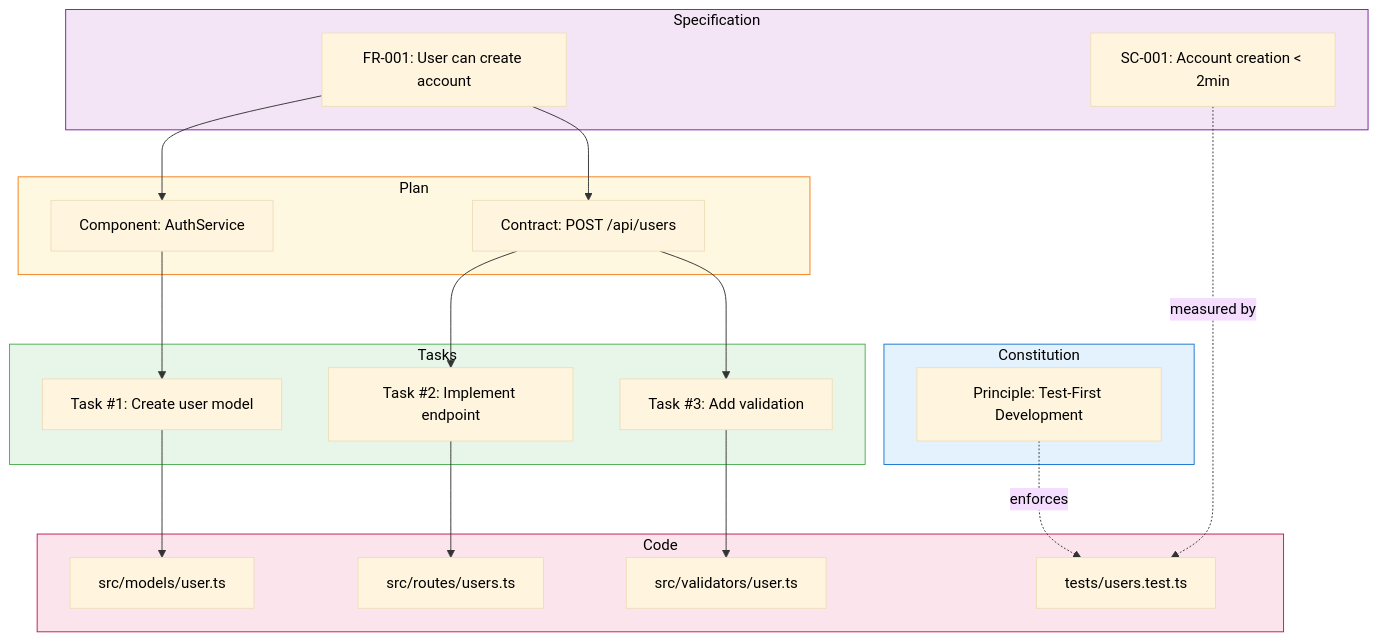
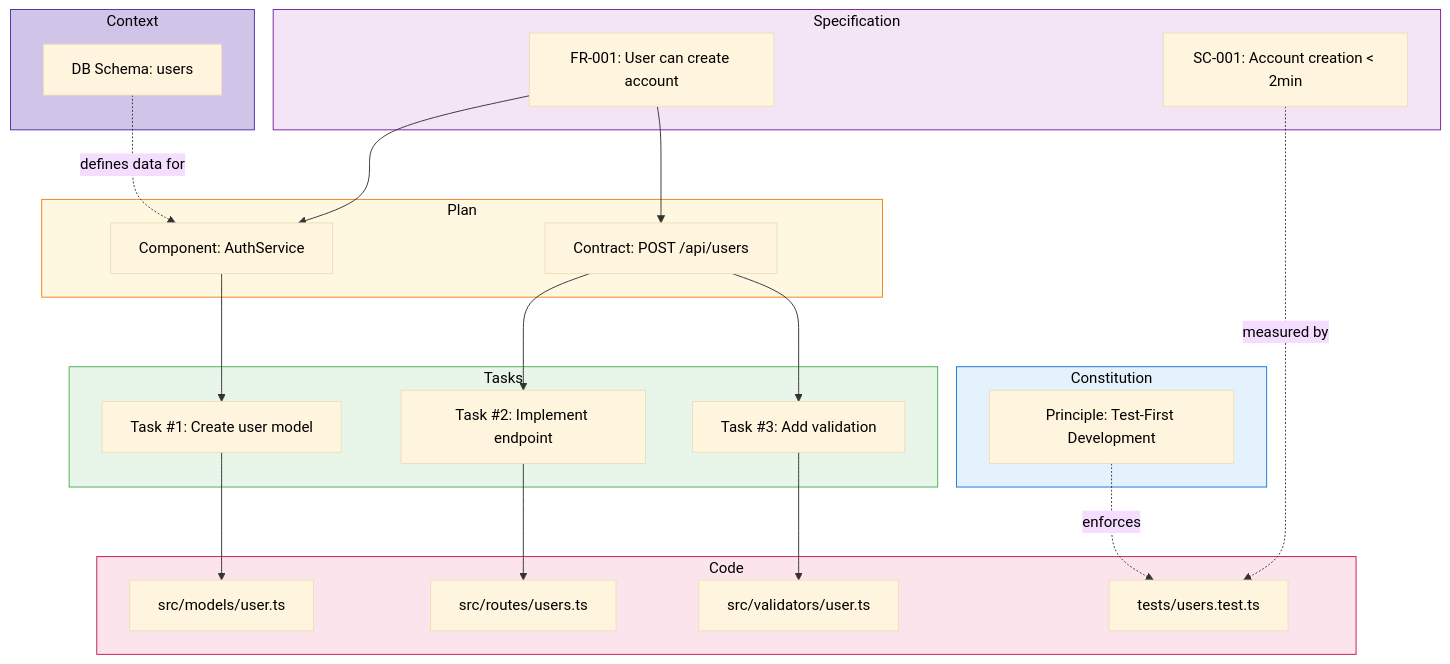
The fifth of 7 diagrams in .specify/docs/flows/artifact-relationships.md (Trindade11/Teste), drawn with Mermaid before and after one commit. The commit also changed other lines of this file and 25 other files, not shown here.

````diff
--- a/.specify/docs/flows/artifact-relationships.md
+++ b/.specify/docs/flows/artifact-relationships.md
@@ -152,49 +171,55 @@
 ```mermaid
 %%{init: {'theme': 'base', 'themeVariables': { 'primaryTextColor': '#000', 'secondaryTextColor': '#000', 'tertiaryTextColor': '#000', 'lineColor': '#333'}}}%%
 flowchart TB
     subgraph Constitution
         C1["Principle: Test-First Development"]
+    end
+    
+    subgraph ProjContext["Context"]
+        PC1["DB Schema: users"]
     end
     
     subgraph Specification
         S1["FR-001: User can create account"]
         S2["SC-001: Account creation < 2min"]
     end
     
     subgraph Plan
         P1["Component: AuthService"]
         P2["Contract: POST /api/users"]
     end
     
     subgraph Tasks
         T1["Task #1: Create user model"]
         T2["Task #2: Implement endpoint"]
         T3["Task #3: Add validation"]
     end
     
     subgraph Code
         F1["src/models/user.ts"]
         F2["src/routes/users.ts"]
         F3["src/validators/user.ts"]
         Test1["tests/users.test.ts"]
     end
     
     C1 -.->|enforces| Test1
+    PC1 -.->|defines data for| P1
     S1 --> P1
     S1 --> P2
     S2 -.->|measured by| Test1
     
     P1 --> T1
     P2 --> T2
     P2 --> T3
     
     T1 --> F1
     T2 --> F2
     T3 --> F3
     
     style Constitution fill:#e3f2fd,stroke:#1976d2,color:#000
+    style ProjContext fill:#d1c4e9,stroke:#512da8,color:#000
     style Specification fill:#f3e5f5,stroke:#7b1fa2,color:#000
     style Plan fill:#fff8e1,stroke:#f57f17,color:#000
     style Tasks fill:#e8f5e9,stroke:#4caf50,color:#000
     style Code fill:#fce4ec,stroke:#c2185b,color:#000
 ```
````
